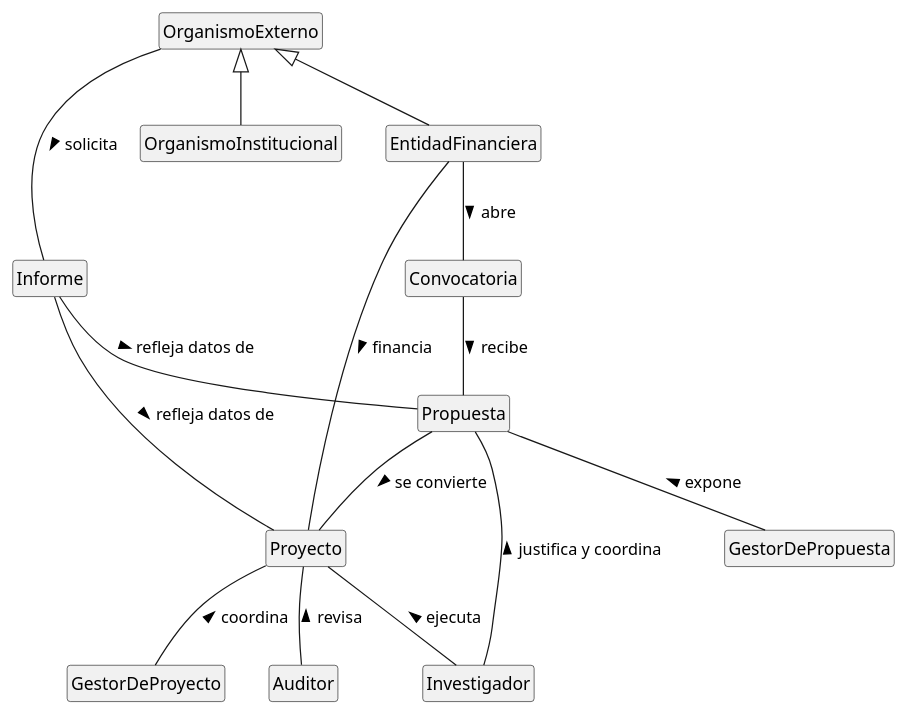
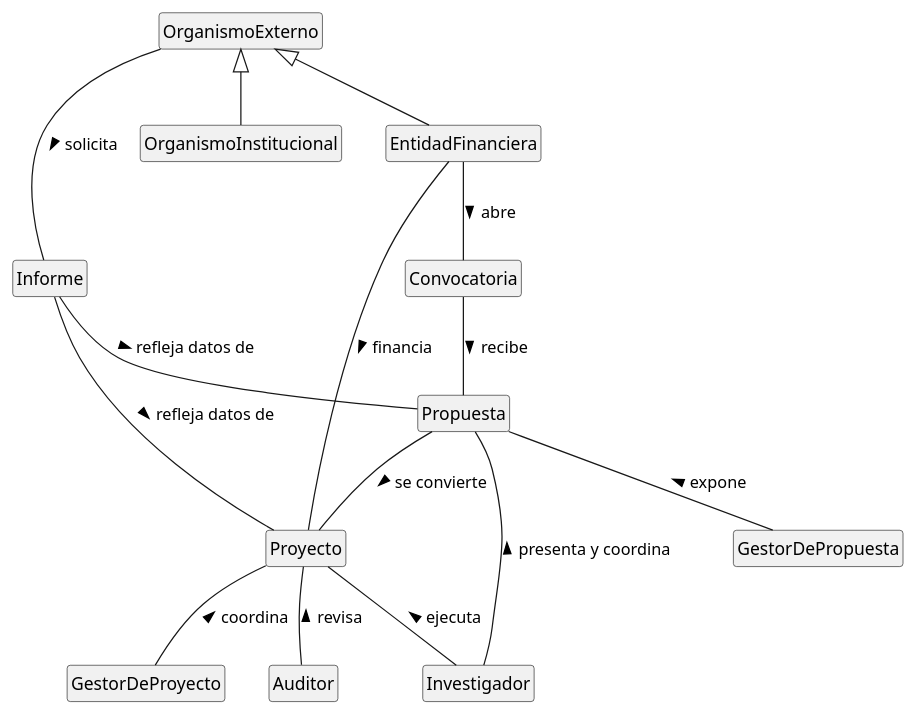
Before and after one commit to Angelo2272/26-27-IdSw1-SDR: the diagram in modelosUML/00-modelo-del-dominio/diagrama-de-clases.puml, drawn with PlantUML. The commit also changed 3 other files, not shown here.

First line of the commit message:
Update class diagrams and formalize UML representation

```diff
--- a/modelosUML/00-modelo-del-dominio/diagrama-de-clases.puml
+++ b/modelosUML/00-modelo-del-dominio/diagrama-de-clases.puml
@@ -1,48 +1,48 @@
-@startuml
+@startuml diagrama-de-clases
 
 hide circle
 hide empty members
 
 class Convocatoria
 
 class Propuesta
 
 class EntidadFinanciera
 
 class OrganismoExterno
 
 class OrganismoInstitucional
 
 class Informe
 
 class Investigador
 
 class Auditor
 
 class Proyecto
 
 class GestorDeProyecto
 
 class GestorDePropuesta
 
 Propuesta -d- GestorDePropuesta : expone <
 Proyecto -d- GestorDeProyecto : coordina <
 
 OrganismoExterno <|-- EntidadFinanciera
 OrganismoExterno <|-- OrganismoInstitucional
 
 EntidadFinanciera -- Convocatoria : abre >
 Propuesta -- Proyecto: se convierte > 
 Convocatoria -- Propuesta: recibe >
 Proyecto -d- Auditor: revisa <
 EntidadFinanciera -- Proyecto : financia >
 
-Propuesta -d- Investigador : justifica y coordina <
+Propuesta -d- Investigador : presenta y coordina <
 Proyecto -d- Investigador: ejecuta <
 
 OrganismoExterno -d- Informe: solicita >
 Informe -- Propuesta : refleja datos de >
 Informe -- Proyecto : refleja datos de >
 
 
 @enduml
```
